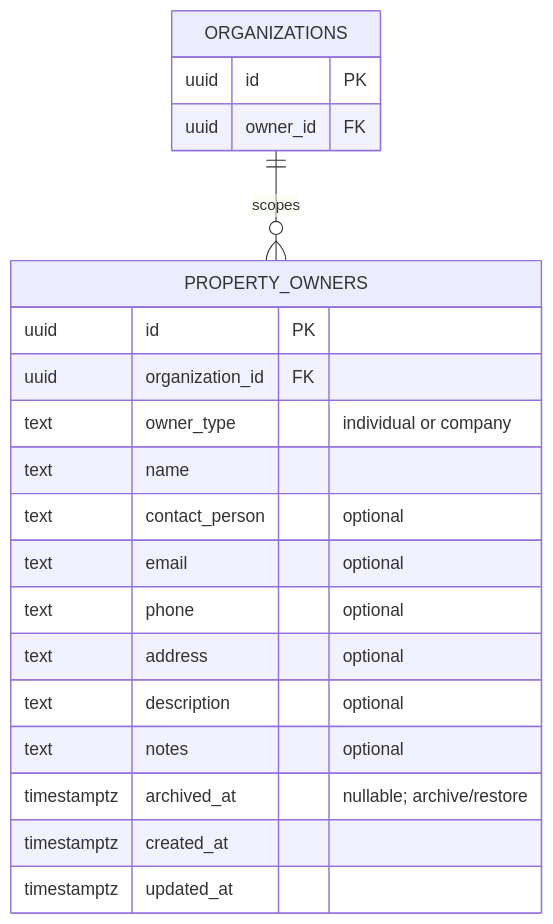
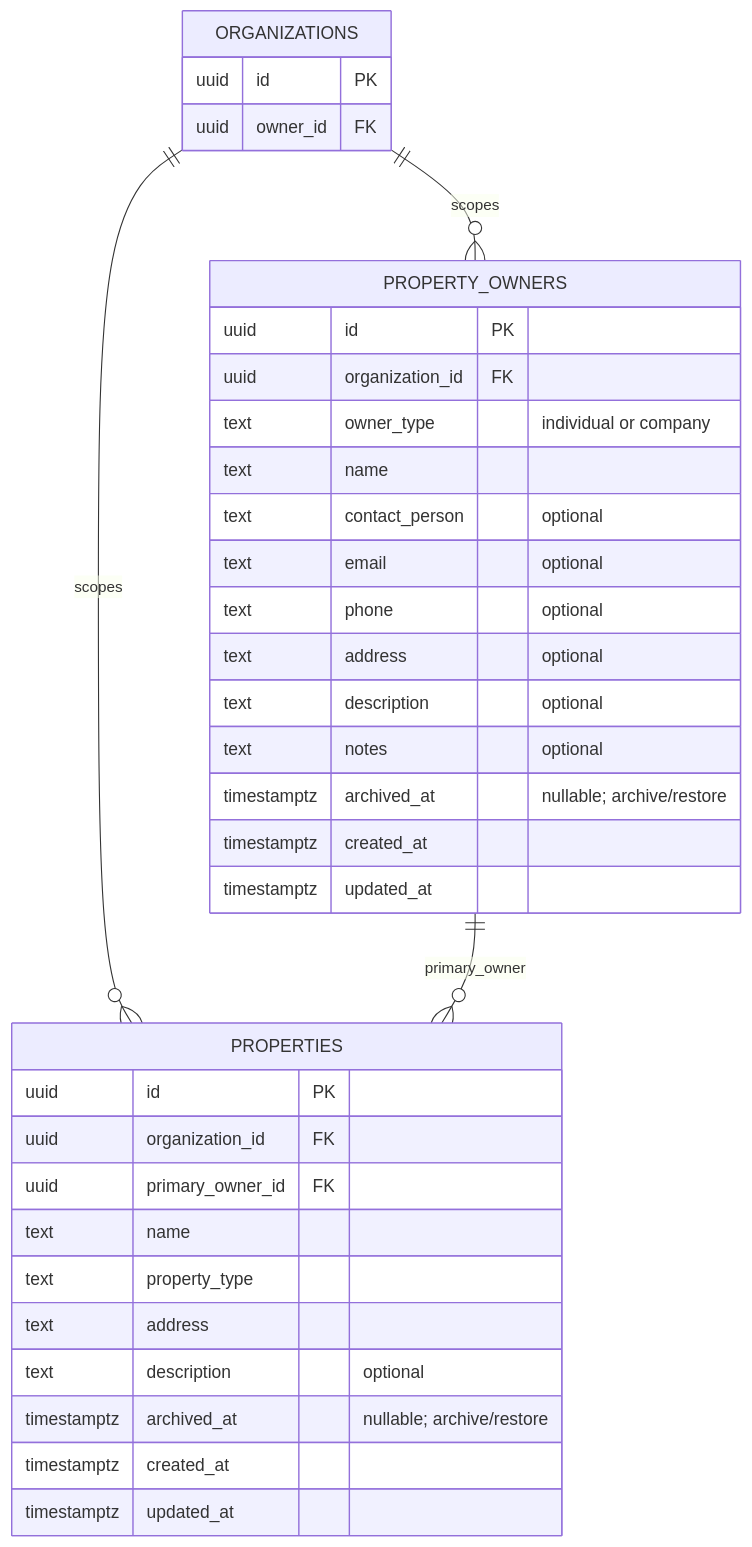
The first of 2 diagrams in docs/diagrams/domain-architecture.md (Danncode10/JuanProperty), drawn with Mermaid before and after one commit. The commit also changed other lines of this file and 5 other files, not shown here.

````diff
--- a/docs/diagrams/domain-architecture.md
+++ b/docs/diagrams/domain-architecture.md
@@ -11,23 +11,37 @@
 ```mermaid
 erDiagram
     ORGANIZATIONS ||--o{ PROPERTY_OWNERS : scopes
+    ORGANIZATIONS ||--o{ PROPERTIES : scopes
+    PROPERTY_OWNERS ||--o{ PROPERTIES : primary_owner
     ORGANIZATIONS {
         uuid id PK
         uuid owner_id FK
     }
     PROPERTY_OWNERS {
         uuid id PK
         uuid organization_id FK
         text owner_type "individual or company"
         text name
         text contact_person "optional"
         text email "optional"
         text phone "optional"
         text address "optional"
         text description "optional"
         text notes "optional"
         timestamptz archived_at "nullable; archive/restore"
         timestamptz created_at
         timestamptz updated_at
     }
+    PROPERTIES {
+        uuid id PK
+        uuid organization_id FK
+        uuid primary_owner_id FK
+        text name
+        text property_type
+        text address
+        text description "optional"
+        timestamptz archived_at "nullable; archive/restore"
+        timestamptz created_at
+        timestamptz updated_at
+    }
 ```
````
